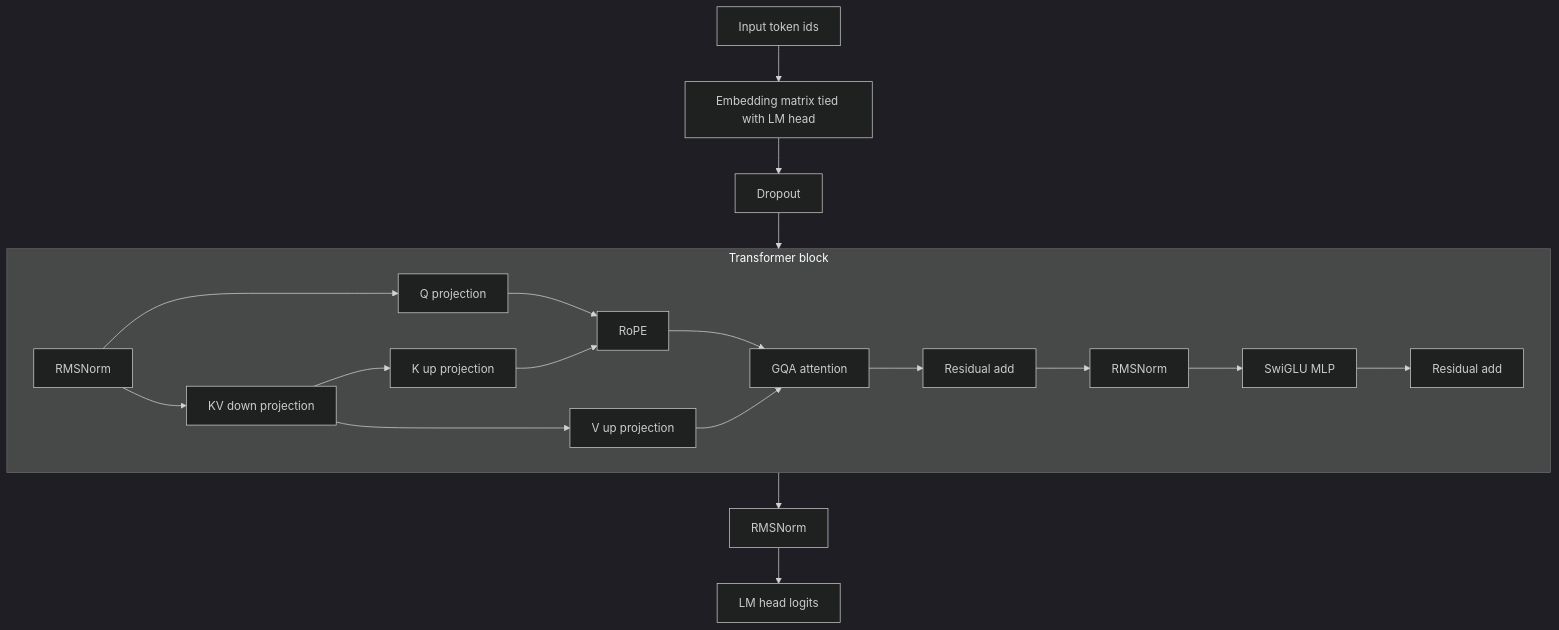
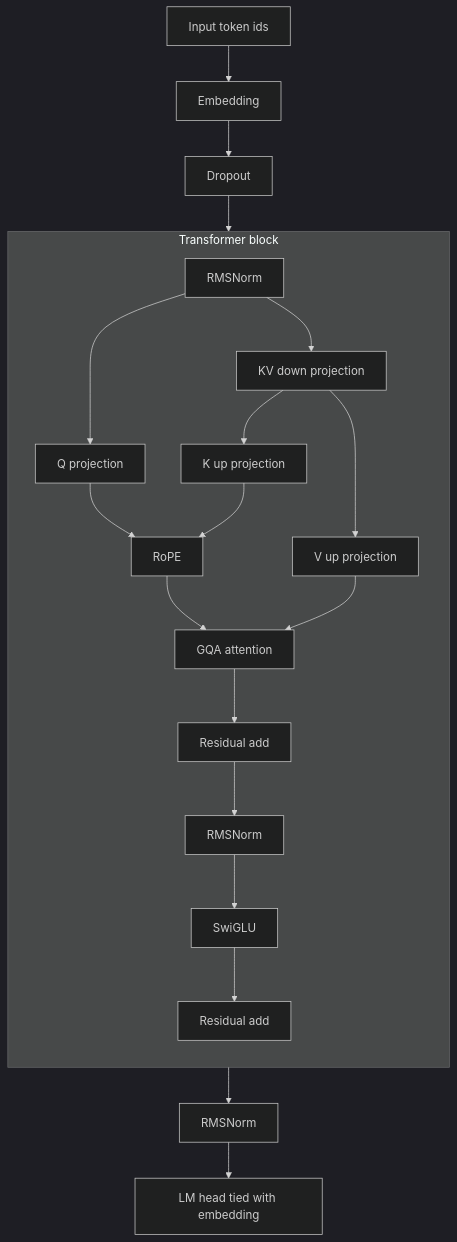
The diagram in README.md (pymlex/poetru), drawn with Mermaid (dark theme) before and after one commit. The commit also changed other lines of this file and 3 other files, not shown here.

Commit message:
Expand docs with math, vertical architecture diagram, full workflow guide, and HF card setup.

````diff
--- a/README.md
+++ b/README.md
@@ -44,23 +48,33 @@
 ```mermaid
 flowchart TB
-    A[Input token ids] --> B[Embedding matrix tied with LM head]
+    A[Input token ids] --> B[Embedding]
     B --> C[Dropout]
     C --> D[Transformer block x12]
     D --> E[RMSNorm]
-    E --> F[LM head logits]
+    E --> F[LM head tied with embedding]
 
     subgraph D[Transformer block]
-        D1[RMSNorm] --> D2[Q projection]
-        D1 --> D3[KV down projection]
-        D3 --> D4[K up projection]
-        D3 --> D5[V up projection]
-        D2 --> D6[RoPE]
+        direction TB
+        D1[RMSNorm]
+        D2[Q projection]
+        D3[KV down projection]
+        D4[K up projection]
+        D5[V up projection]
+        D6[RoPE]
+        D7[GQA attention]
+        D8[Residual add]
+        D9[RMSNorm]
+        D10[SwiGLU]
+        D11[Residual add]
+
+        D1 --> D2
+        D1 --> D3
+        D3 --> D4
+        D3 --> D5
+        D2 --> D6
         D4 --> D6
-        D6 --> D7[GQA attention]
+        D6 --> D7
         D5 --> D7
-        D7 --> D8[Residual add]
-        D8 --> D9[RMSNorm]
-        D9 --> D10[SwiGLU MLP]
-        D10 --> D11[Residual add]
+        D7 --> D8 --> D9 --> D10 --> D11
     end
 ```
````
